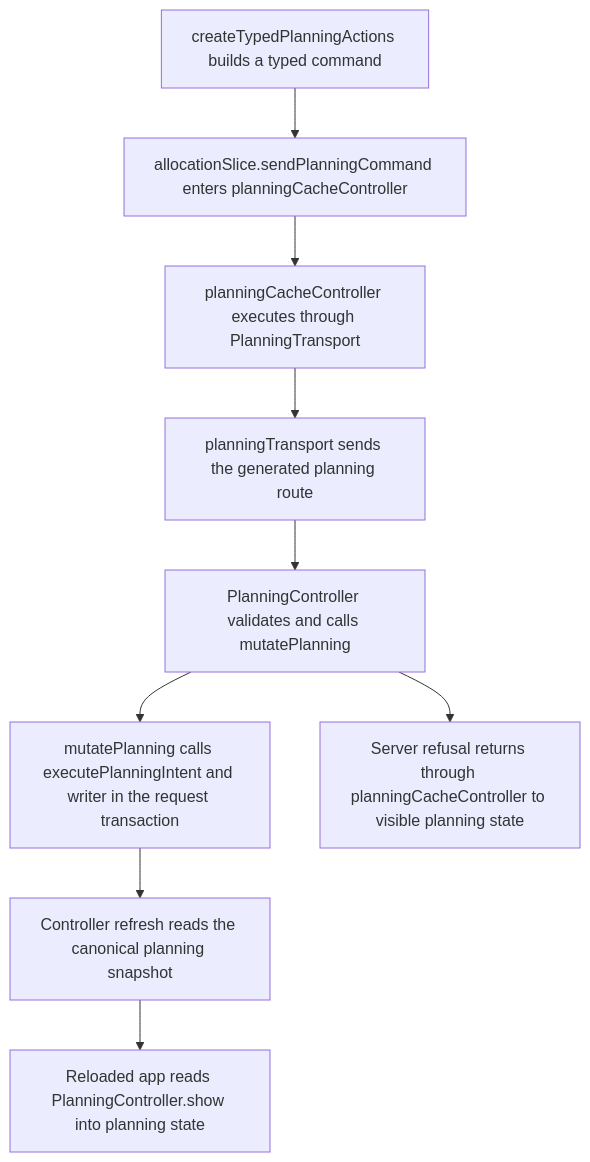
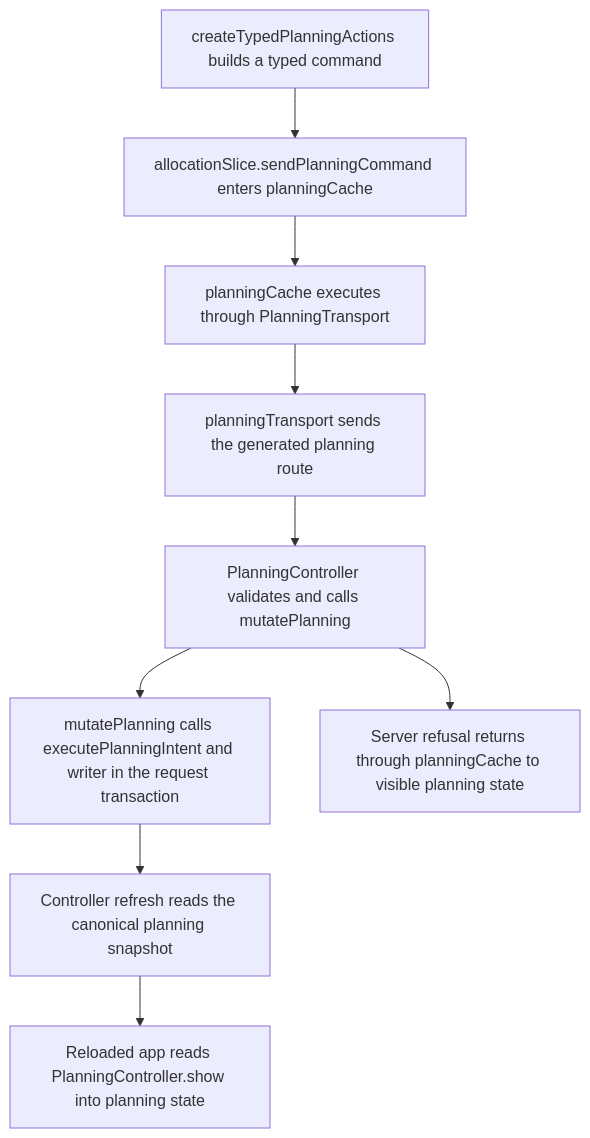
One commit to Kevinjohn/capacitylens changed the second of 2 diagrams in user-stories/data/US-DAT-05-persist-reload.md. Above: the diagram before and after it, drawn with Mermaid. The commit also changed other lines of this file and 117 other files, not shown here.

First line of the commit message:
Planning cache: rename the planning cache controller family

````diff
--- a/user-stories/data/US-DAT-05-persist-reload.md
+++ b/user-stories/data/US-DAT-05-persist-reload.md
@@ -28,11 +28,11 @@
 ```mermaid
 flowchart TD
-  action["createTypedPlanningActions builds a typed command"] --> slice["allocationSlice.sendPlanningCommand enters planningCacheController"]
-  slice --> controller["planningCacheController executes through PlanningTransport"]
+  action["createTypedPlanningActions builds a typed command"] --> slice["allocationSlice.sendPlanningCommand enters planningCache"]
+  slice --> controller["planningCache executes through PlanningTransport"]
   controller --> transport["planningTransport sends the generated planning route"]
   transport --> endpoint["PlanningController validates and calls mutatePlanning"]
   endpoint --> persist["mutatePlanning calls executePlanningIntent and writer in the request transaction"]
   persist --> refresh["Controller refresh reads the canonical planning snapshot"]
   refresh --> reload["Reloaded app reads PlanningController.show into planning state"]
-  endpoint --> refusal["Server refusal returns through planningCacheController to visible planning state"]
+  endpoint --> refusal["Server refusal returns through planningCache to visible planning state"]
 ```
````
